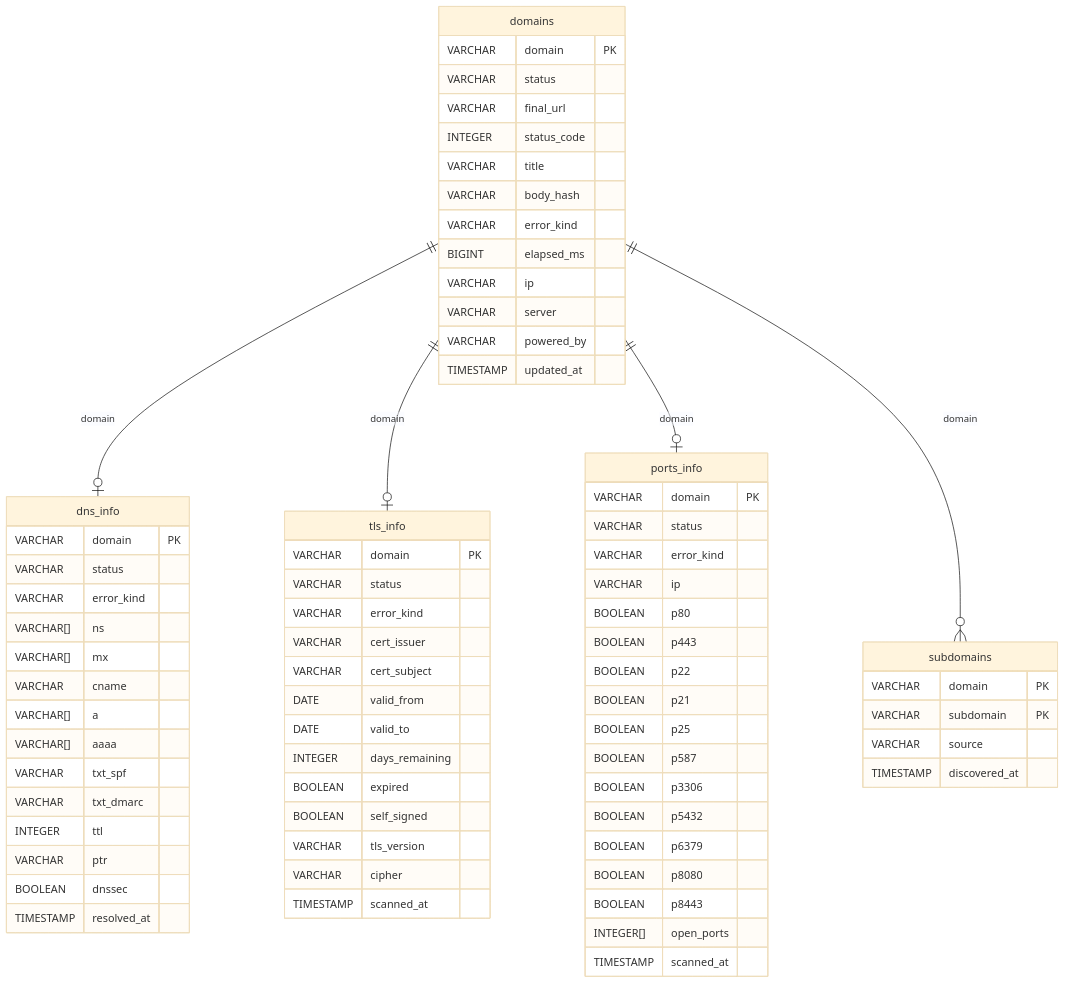
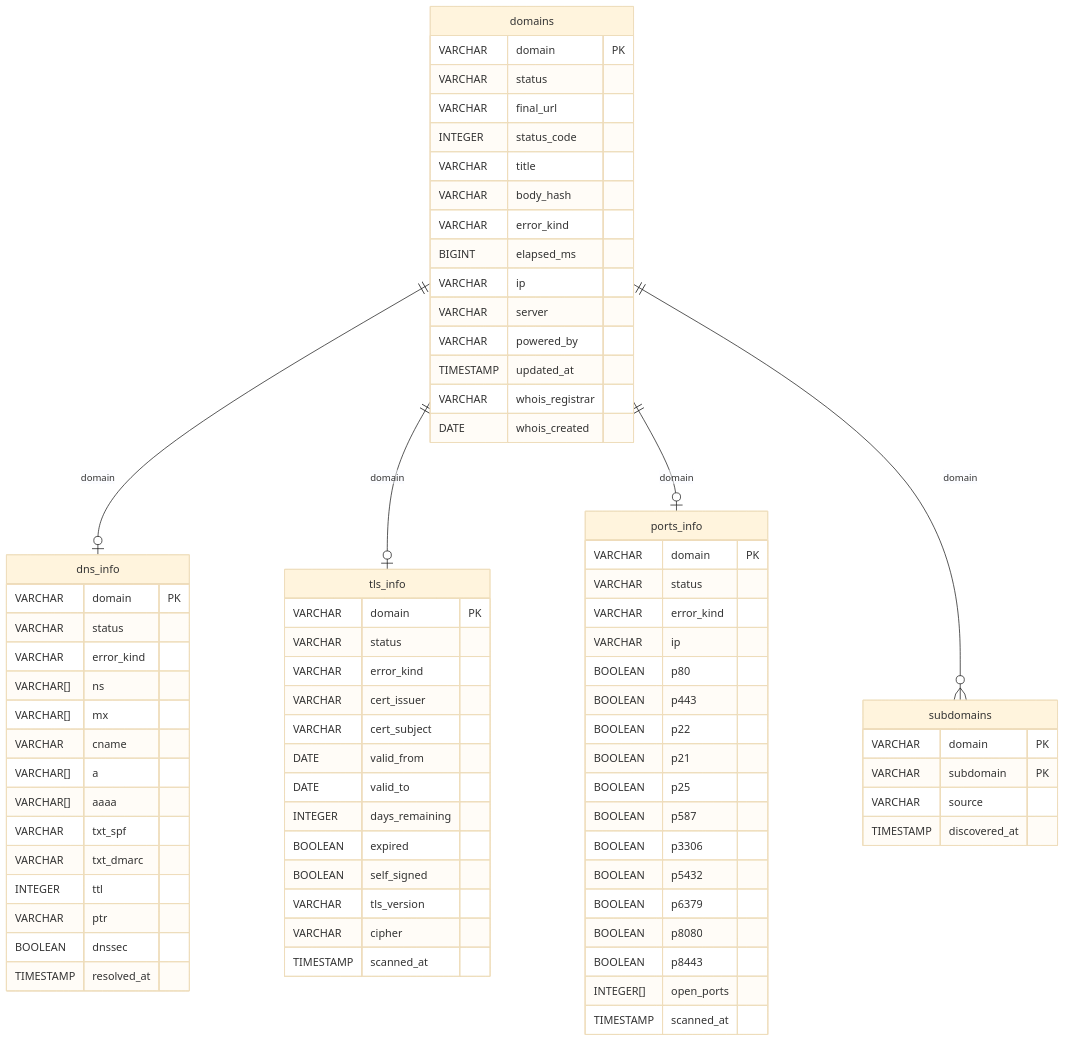
One commit to rafapolo/helvetiscan changed the diagram in SCHEMA.md. Above: the diagram before and after it, drawn with Mermaid (base theme). The commit also changed other lines of this file, not shown here.

First line of the commit message:
docs: update SCHEMA.md with whois_registrar and whois_created columns

````diff
--- a/SCHEMA.md
+++ b/SCHEMA.md
@@ -7,78 +7,80 @@
 ```mermaid
 erDiagram
     domains {
         VARCHAR   domain PK
         VARCHAR   status
         VARCHAR   final_url
         INTEGER   status_code
         VARCHAR   title
         VARCHAR   body_hash
         VARCHAR   error_kind
         BIGINT    elapsed_ms
         VARCHAR   ip
         VARCHAR   server
         VARCHAR   powered_by
         TIMESTAMP updated_at
+        VARCHAR   whois_registrar
+        DATE      whois_created
     }
     dns_info {
         VARCHAR   domain PK
         VARCHAR   status
         VARCHAR   error_kind
         VARCHAR[] ns
         VARCHAR[] mx
         VARCHAR   cname
         VARCHAR[] a
         VARCHAR[] aaaa
         VARCHAR   txt_spf
         VARCHAR   txt_dmarc
         INTEGER   ttl
         VARCHAR   ptr
         BOOLEAN   dnssec
         TIMESTAMP resolved_at
     }
     tls_info {
         VARCHAR   domain PK
         VARCHAR   status
         VARCHAR   error_kind
         VARCHAR   cert_issuer
         VARCHAR   cert_subject
         DATE      valid_from
         DATE      valid_to
         INTEGER   days_remaining
         BOOLEAN   expired
         BOOLEAN   self_signed
         VARCHAR   tls_version
         VARCHAR   cipher
         TIMESTAMP scanned_at
     }
     ports_info {
         VARCHAR   domain PK
         VARCHAR   status
         VARCHAR   error_kind
         VARCHAR   ip
         BOOLEAN   p80
         BOOLEAN   p443
         BOOLEAN   p22
         BOOLEAN   p21
         BOOLEAN   p25
         BOOLEAN   p587
         BOOLEAN   p3306
         BOOLEAN   p5432
         BOOLEAN   p6379
         BOOLEAN   p8080
         BOOLEAN   p8443
         INTEGER[] open_ports
         TIMESTAMP scanned_at
     }
     subdomains {
         VARCHAR   domain PK
         VARCHAR   subdomain PK
         VARCHAR   source
         TIMESTAMP discovered_at
     }
 
     domains ||--o| dns_info   : "domain"
     domains ||--o| tls_info   : "domain"
     domains ||--o| ports_info : "domain"
     domains ||--o{ subdomains : "domain"
 ```
````
